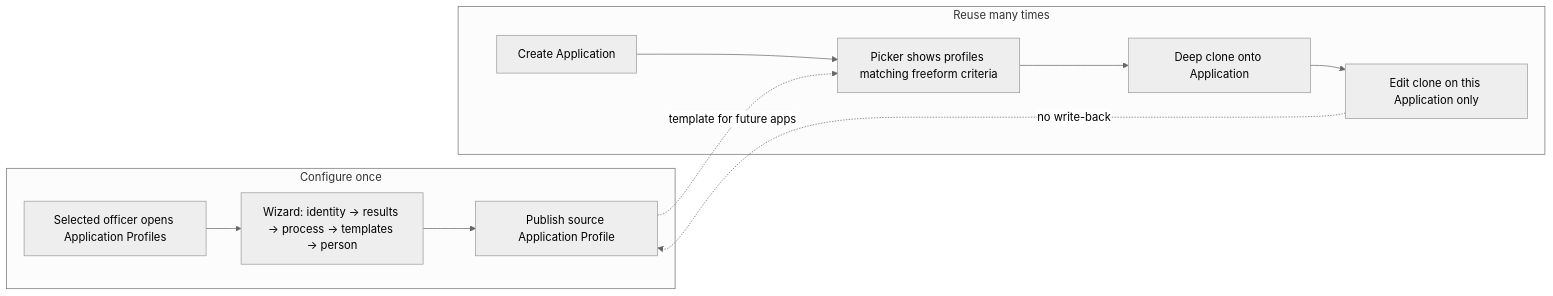
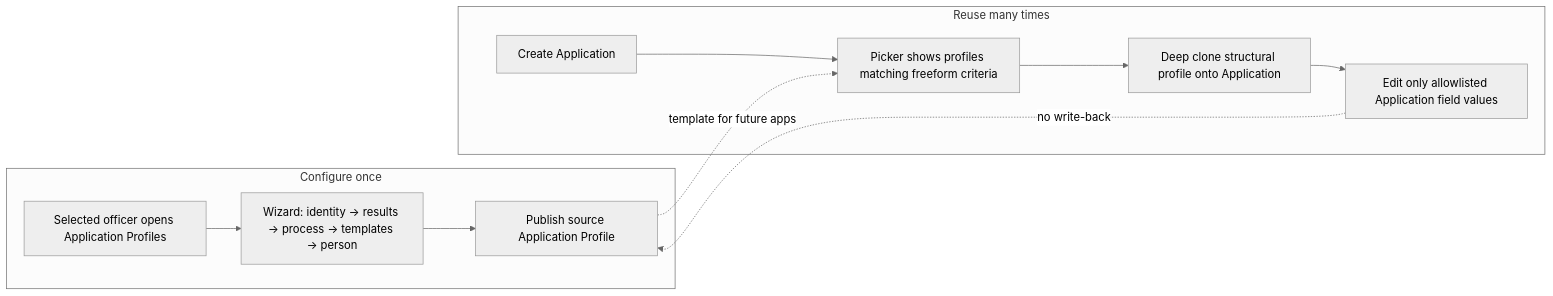
The second of 2 diagrams in docs/APPLICATION_PROFILE_PLAN.md (webapis/Visa2026), drawn with Mermaid (neutral theme) before and after one commit. The commit also changed other lines of this file and 2 other files, not shown here.

First line of the commit message:
Document dual-use profile properties and clone field allowlist.

````diff
--- a/docs/APPLICATION_PROFILE_PLAN.md
+++ b/docs/APPLICATION_PROFILE_PLAN.md
@@ -99,18 +153,18 @@
 ```mermaid
 flowchart LR
   subgraph config [Configure once]
     A[Selected officer opens Application Profiles]
     B[Wizard: identity → results → process → templates → person]
     C[Publish source Application Profile]
     A --> B --> C
   end
   subgraph use [Reuse many times]
     D[Create Application]
     E[Picker shows profiles matching freeform criteria]
-    F[Deep clone onto Application]
-    G[Edit clone on this Application only]
+    F[Deep clone structural profile onto Application]
+    G[Edit only allowlisted Application field values]
     D --> E --> F --> G
   end
   C -.->|template for future apps| E
   G -.->|no write-back| C
 ```
````
